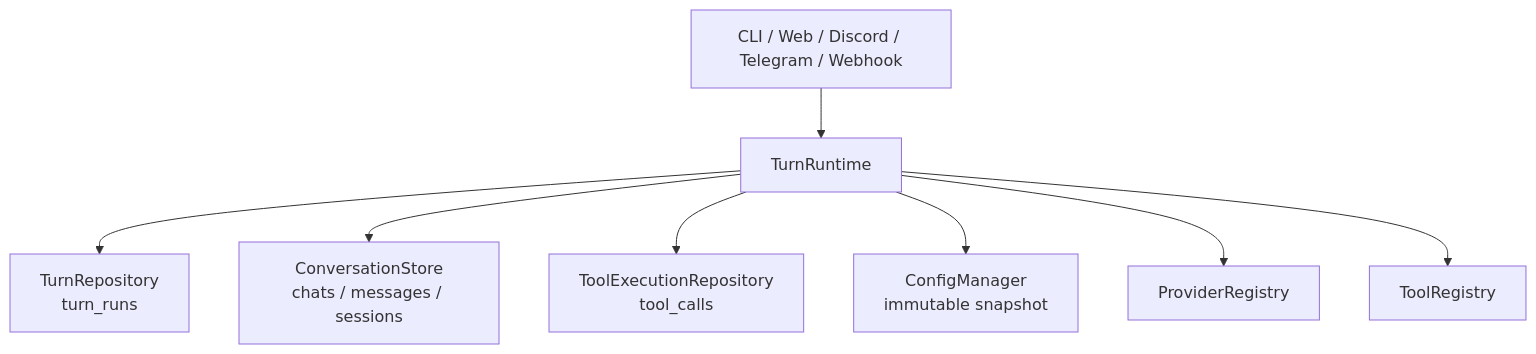
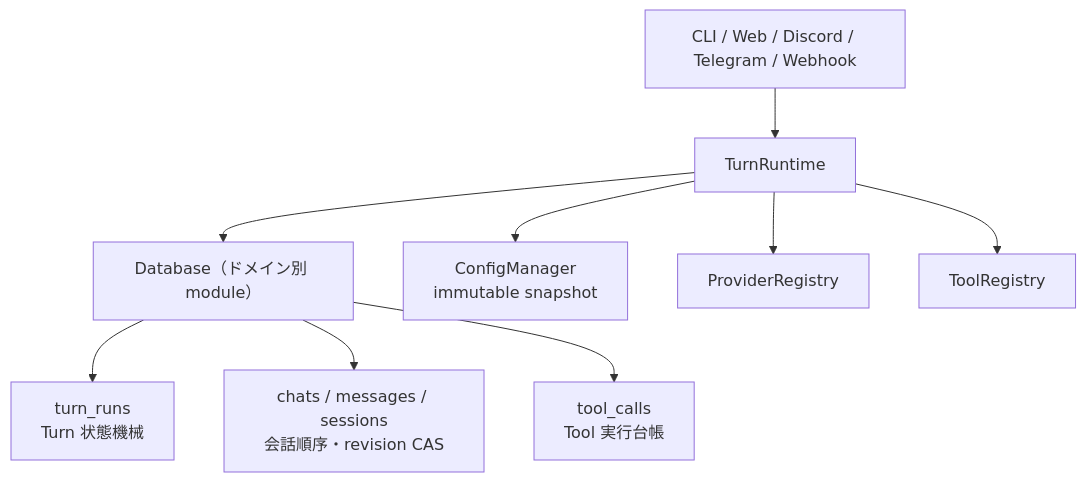
Before and after one commit to endo-ly/egopulse: the diagram in docs/plan/plan-repository-stabilization-phase2.md, drawn with Mermaid. The commit also changed other lines of this file and 10 other files, not shown here.

````diff
--- a/docs/plan/plan-repository-stabilization-phase2.md
+++ b/docs/plan/plan-repository-stabilization-phase2.md
@@ -157,10 +157,11 @@
 ```mermaid
 flowchart TD
     I["CLI / Web / Discord / Telegram / Webhook"] --> T["TurnRuntime"]
-    T --> R["TurnRepository<br/>turn_runs"]
-    T --> C["ConversationStore<br/>chats / messages / sessions"]
-    T --> L["ToolExecutionRepository<br/>tool_calls"]
+    T --> DB["Database（ドメイン別 module）"]
+    DB --> TR["turn_runs<br/>Turn 状態機械"]
+    DB --> CS["chats / messages / sessions<br/>会話順序・revision CAS"]
+    DB --> TL["tool_calls<br/>Tool 実行台帳"]
     T --> G["ConfigManager<br/>immutable snapshot"]
     T --> P["ProviderRegistry"]
     T --> K["ToolRegistry"]
 ```
````
